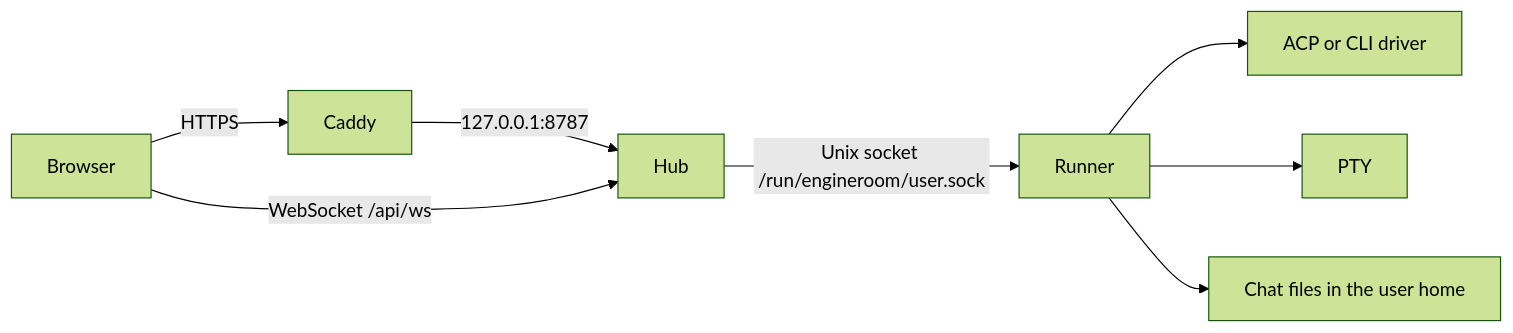
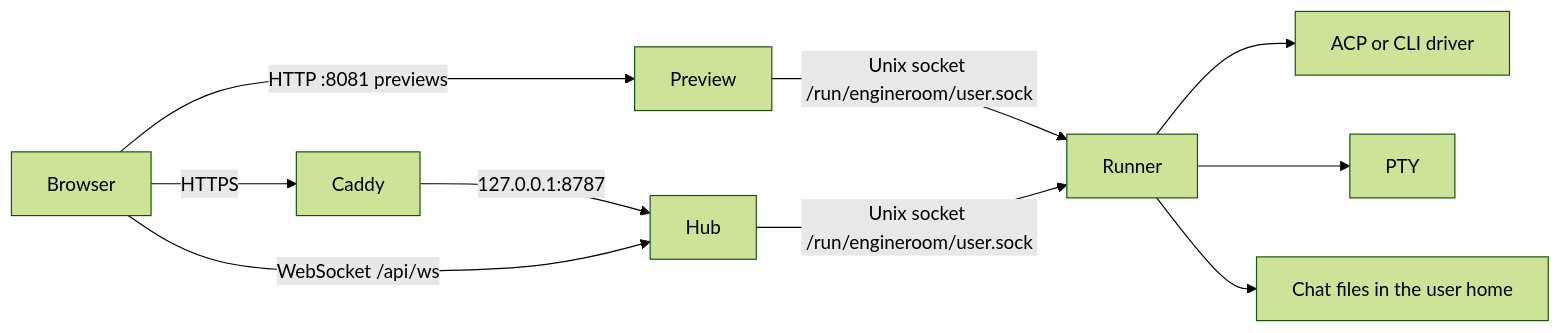
Before and after one commit to skuilplek/engineroom: the diagram in docs/architecture.md, drawn with Mermaid (forest theme). The commit also changed other lines of this file and 32 other files, not shown here.

````diff
--- a/docs/architecture.md
+++ b/docs/architecture.md
@@ -5,10 +5,12 @@
 ```mermaid
 flowchart LR
   Browser -->|"HTTPS"| Caddy
   Caddy -->|"127.0.0.1:8787"| Hub
   Browser -->|"WebSocket /api/ws"| Hub
+  Browser -->|"HTTP :8081 previews"| Preview
+  Preview -->|"Unix socket /run/engineroom/user.sock"| Runner
   Hub -->|"Unix socket /run/engineroom/user.sock"| Runner
   Runner --> Acp["ACP or CLI driver"]
   Runner --> Pty["PTY"]
   Runner --> Home["Chat files in the user home"]
 ```
````
